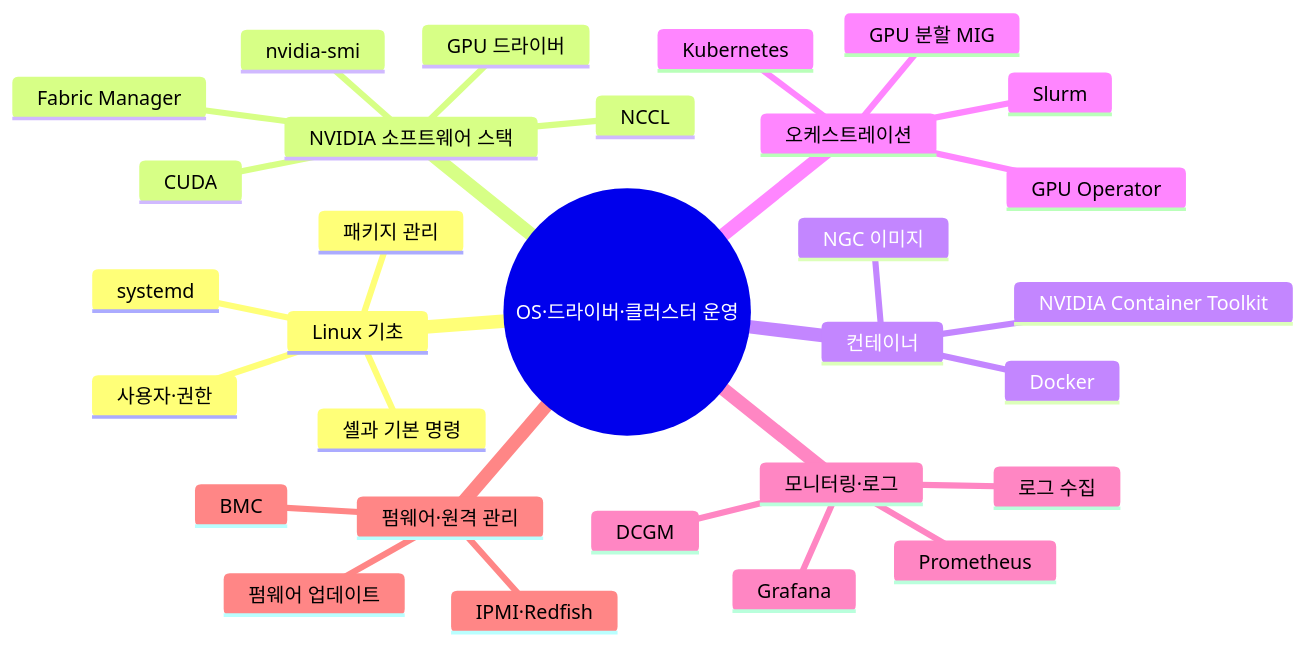
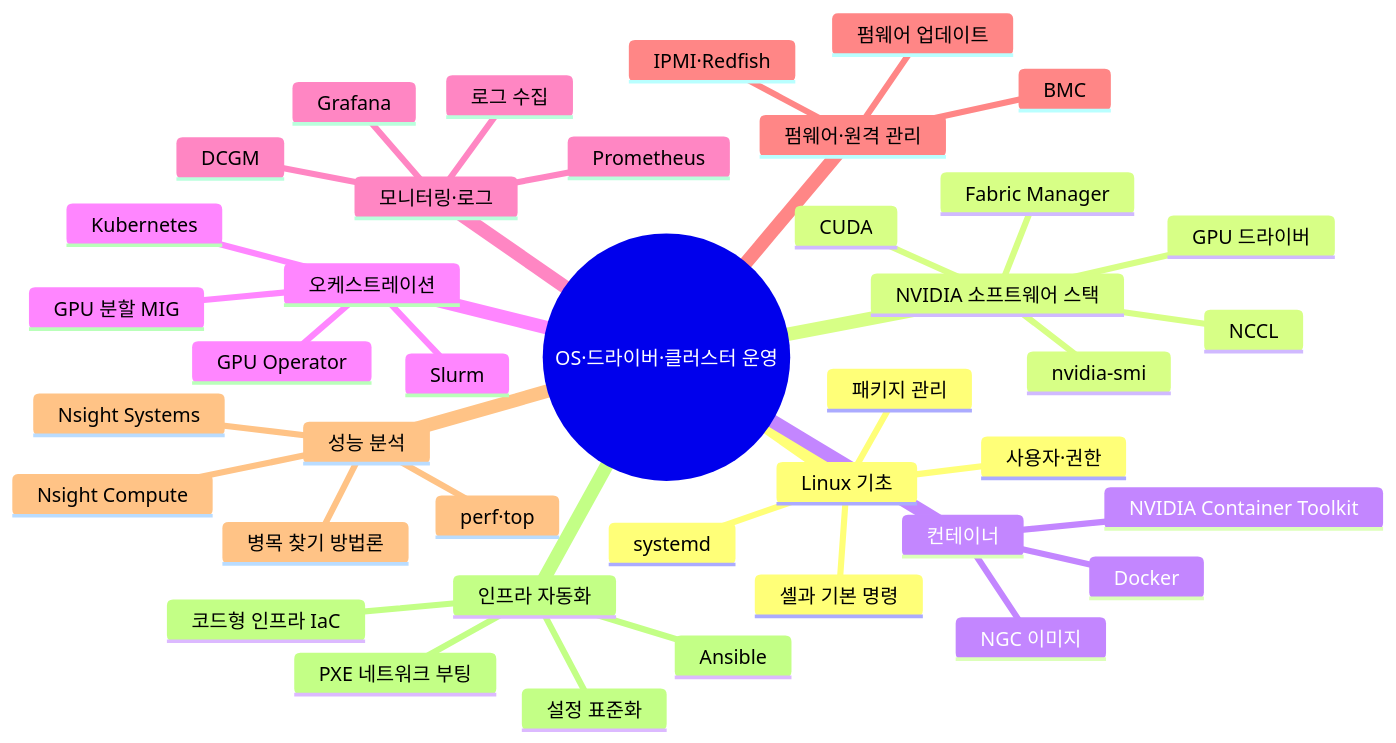
The diagram in 05-platform/README.md (leejw1212/AIKnowledge), drawn with Mermaid before and after one commit. The commit also changed other lines of this file and 80 other files, not shown here.

````diff
--- a/05-platform/README.md
+++ b/05-platform/README.md
@@ -9,33 +9,43 @@
 ```mermaid
 mindmap
   root((OS·드라이버·클러스터 운영))
     Linux 기초
       셸과 기본 명령
       패키지 관리
       systemd
       사용자·권한
     NVIDIA 소프트웨어 스택
       GPU 드라이버
       CUDA
       NCCL
       Fabric Manager
       nvidia-smi
     컨테이너
       Docker
       NVIDIA Container Toolkit
       NGC 이미지
     오케스트레이션
       Kubernetes
       GPU Operator
       Slurm
       GPU 분할 MIG
     모니터링·로그
       DCGM
       Prometheus
       Grafana
       로그 수집
     펌웨어·원격 관리
       BMC
       IPMI·Redfish
       펌웨어 업데이트
+    성능 분석
+      Nsight Systems
+      Nsight Compute
+      perf·top
+      병목 찾기 방법론
+    인프라 자동화
+      PXE 네트워크 부팅
+      Ansible
+      코드형 인프라 IaC
+      설정 표준화
 ```
````
